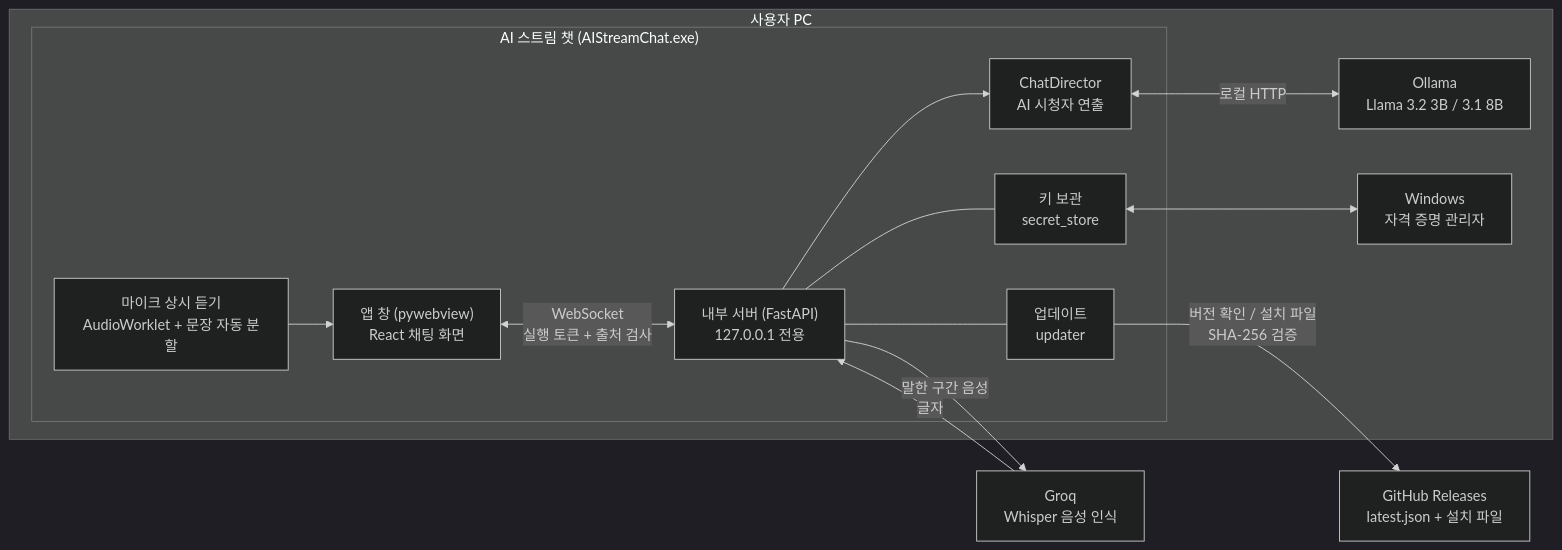
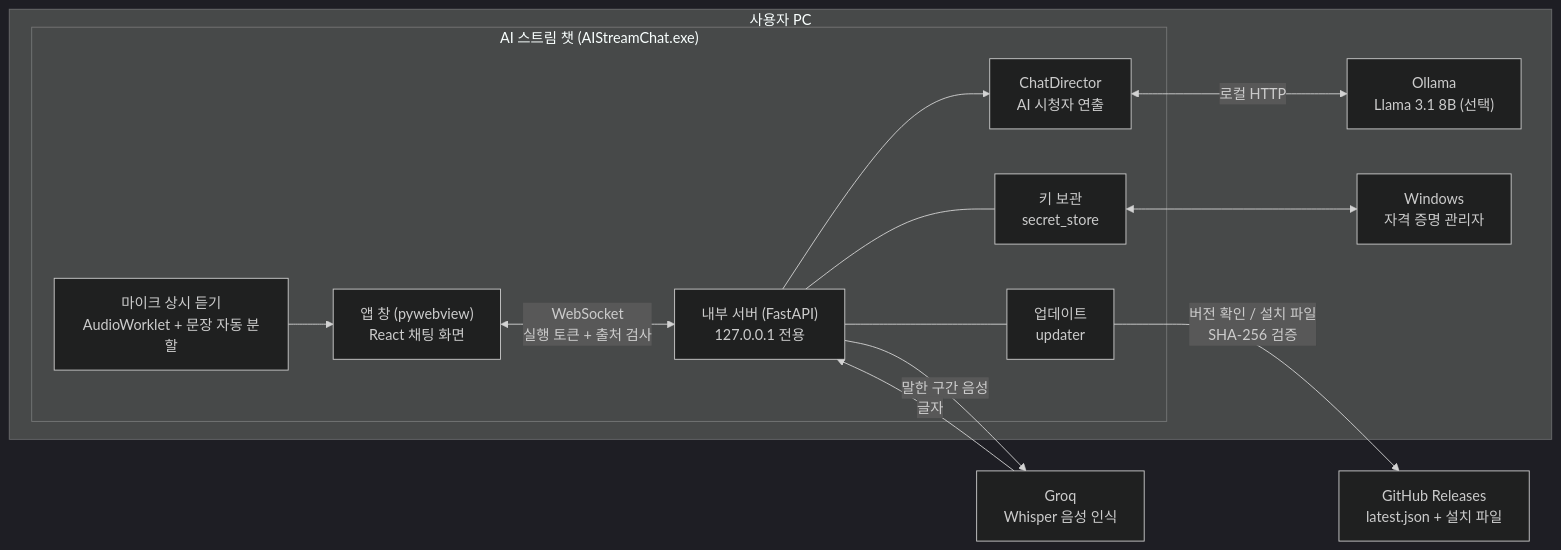
The diagram in README.md (nana255255/ai-stream-chat_rel), drawn with Mermaid (dark theme) before and after one commit. The commit also changed other lines of this file, not shown here.

````diff
--- a/README.md
+++ b/README.md
@@ -362,28 +359,28 @@
 ```mermaid
 flowchart LR
     subgraph PC["사용자 PC"]
         subgraph APP["AI 스트림 챗 (AIStreamChat.exe)"]
             UI["앱 창 (pywebview)<br/>React 채팅 화면"]
             MIC["마이크 상시 듣기<br/>AudioWorklet + 문장 자동 분할"]
             SRV["내부 서버 (FastAPI)<br/>127.0.0.1 전용"]
             DIR["ChatDirector<br/>AI 시청자 연출"]
             SEC["키 보관<br/>secret_store"]
             UPD["업데이트<br/>updater"]
         end
-        OLL["Ollama<br/>Llama 3.2 3B / 3.1 8B"]
+        OLL["Ollama<br/>Llama 3.1 8B (선택)"]
         CRED["Windows<br/>자격 증명 관리자"]
     end
     GROQ["Groq<br/>Whisper 음성 인식"]
     GH["GitHub Releases<br/>latest.json + 설치 파일"]
 
     MIC --> UI
     UI <-->|"WebSocket<br/>실행 토큰 + 출처 검사"| SRV
     SRV -->|"말한 구간 음성"| GROQ
     GROQ -->|"글자"| SRV
     SRV --> DIR
     DIR <-->|"로컬 HTTP"| OLL
     SRV --- SEC
     SEC <--> CRED
     SRV --- UPD
     UPD -->|"버전 확인 / 설치 파일<br/>SHA-256 검증"| GH
 ```
````
